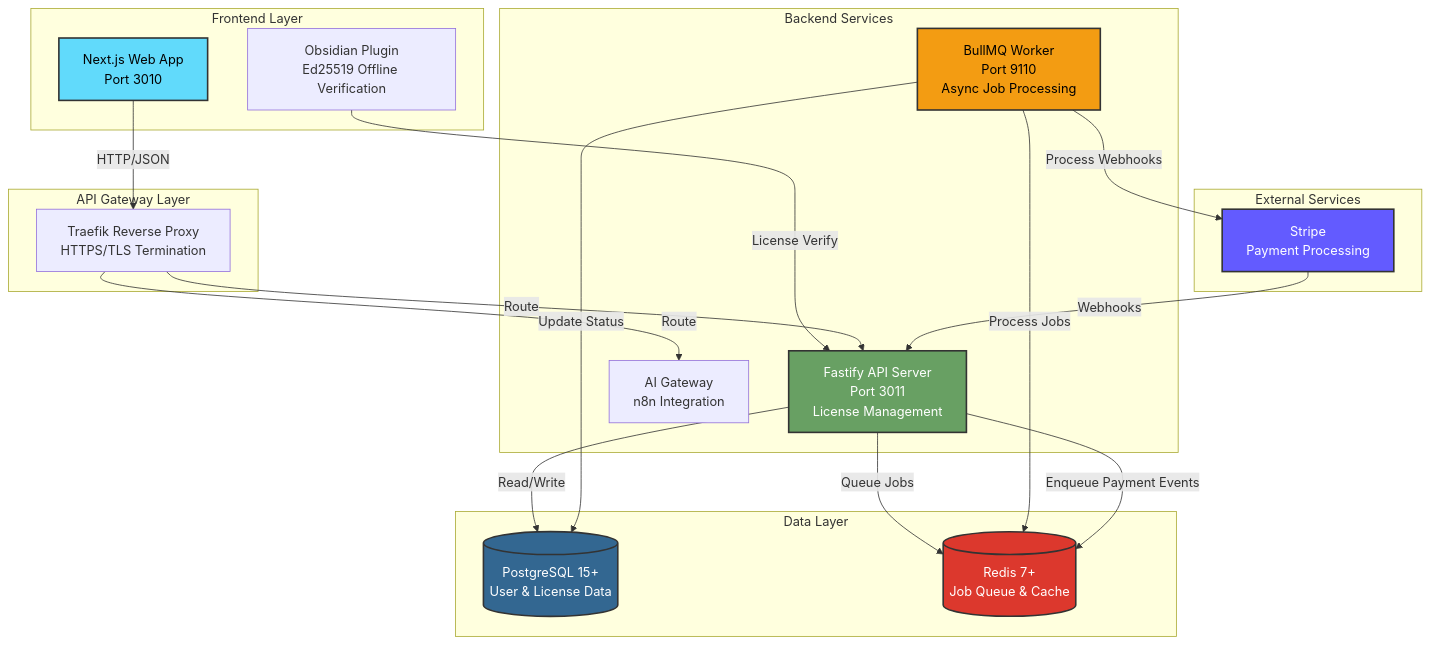
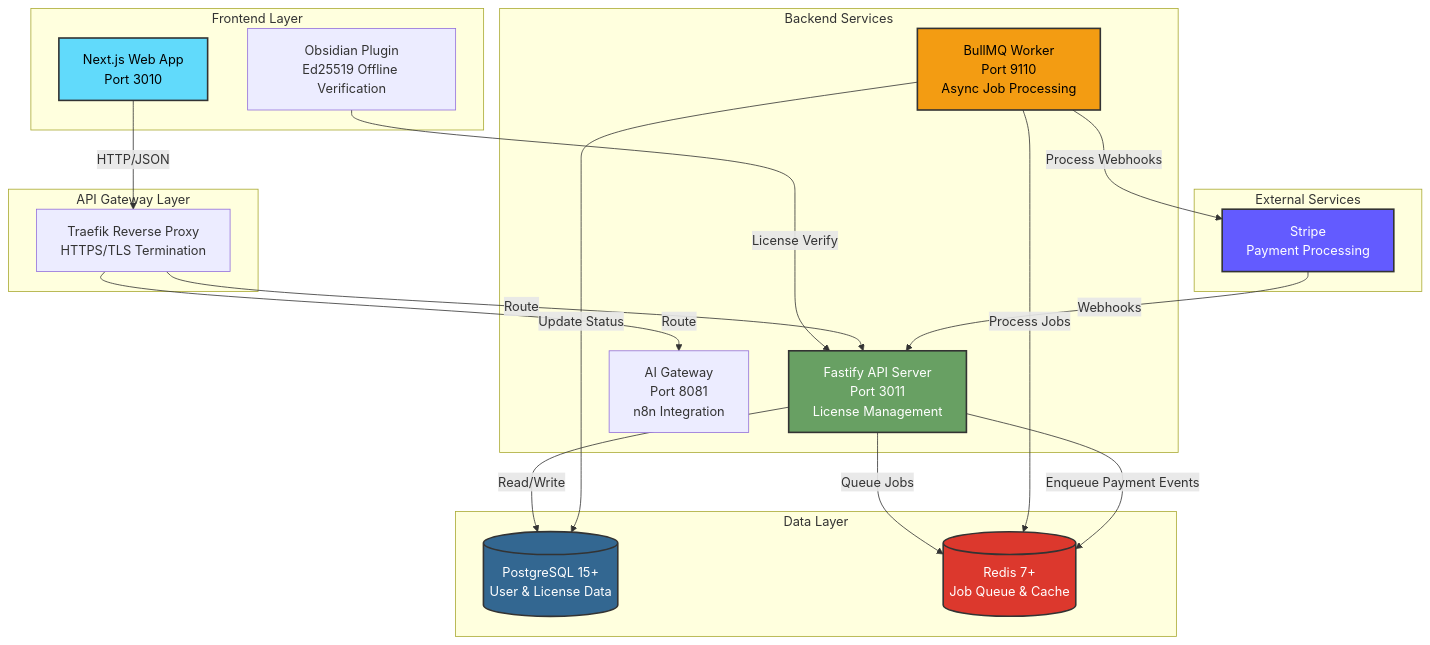
One commit to MasterofMakros/obsidian-nextcloud-platform changed the diagram in README.md. Above: the diagram before and after it, drawn with Mermaid. The commit also changed other lines of this file and 15 other files, not shown here.

````diff
--- a/README.md
+++ b/README.md
@@ -79,45 +79,45 @@
 ```mermaid
 graph TB
     subgraph "Frontend Layer"
         Web[Next.js Web App<br/>Port 3010]
         Plugin[Obsidian Plugin<br/>Ed25519 Offline Verification]
     end
 
     subgraph "API Gateway Layer"
         Traefik[Traefik Reverse Proxy<br/>HTTPS/TLS Termination]
     end
 
     subgraph "Backend Services"
         API[Fastify API Server<br/>Port 3011<br/>License Management]
         Worker[BullMQ Worker<br/>Port 9110<br/>Async Job Processing]
-        Gateway[AI Gateway<br/>n8n Integration]
+        Gateway[AI Gateway<br/>Port 8081<br/>n8n Integration]
     end
 
     subgraph "Data Layer"
         Postgres[(PostgreSQL 15+<br/>User & License Data)]
         Redis[(Redis 7+<br/>Job Queue & Cache)]
     end
 
     subgraph "External Services"
         Stripe[Stripe<br/>Payment Processing]
     end
 
     Web -->|HTTP/JSON| Traefik
     Plugin -->|License Verify| API
     Traefik -->|Route| API
     Traefik -->|Route| Gateway
     API -->|Read/Write| Postgres
     API -->|Queue Jobs| Redis
     Worker -->|Process Jobs| Redis
     Worker -->|Update Status| Postgres
     Stripe -->|Webhooks| API
     API -->|Enqueue Payment Events| Redis
     Worker -->|Process Webhooks| Stripe
 
     style Web fill:#61dafb,stroke:#333,stroke-width:2px,color:#000
     style API fill:#68a063,stroke:#333,stroke-width:2px,color:#fff
     style Worker fill:#f39c12,stroke:#333,stroke-width:2px,color:#000
     style Postgres fill:#336791,stroke:#333,stroke-width:2px,color:#fff
     style Redis fill:#dc382d,stroke:#333,stroke-width:2px,color:#fff
     style Stripe fill:#635bff,stroke:#333,stroke-width:2px,color:#fff
 ```
````
